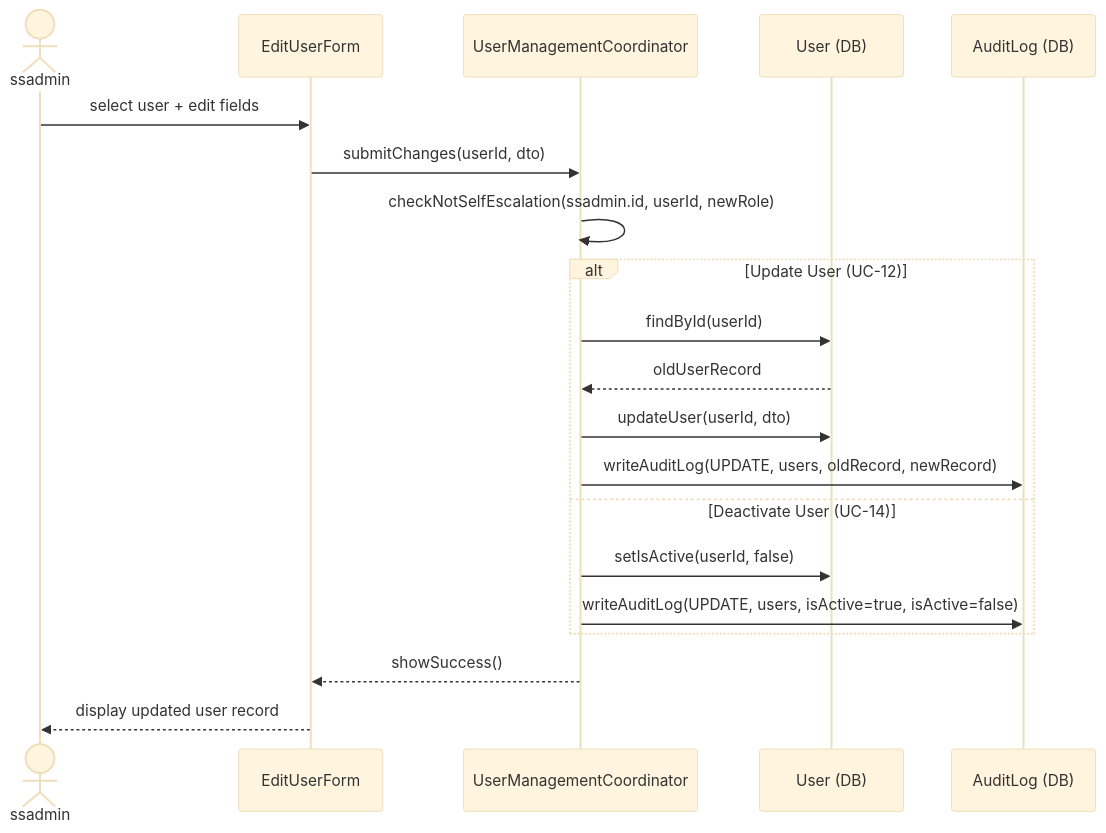
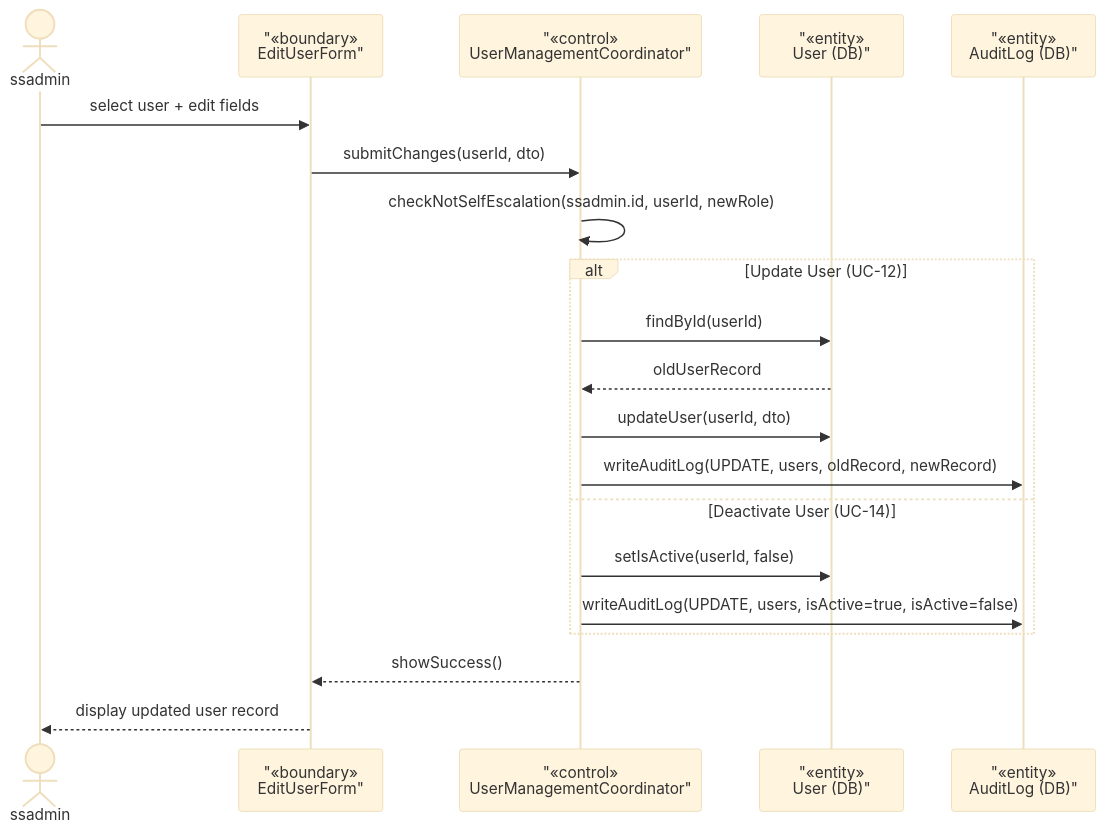
One commit to Shaichi/Khoga_coffe_shop changed the third of 3 diagrams in rds_sections/05_detailed_3_2_user_management.md. Above: the diagram before and after it, drawn with Mermaid (base theme). The commit also changed other lines of this file and 13 other files, not shown here.

Commit message:
docs(rds): Update User entity fields and change Decimal to BigDecimal

````diff
--- a/rds_sections/05_detailed_3_2_user_management.md
+++ b/rds_sections/05_detailed_3_2_user_management.md
@@ -132,25 +135,25 @@
 ```mermaid
 sequenceDiagram
     actor ssadmin
-    participant EditForm as EditUserForm
-    participant UserMgmtCoord as UserManagementCoordinator
-    participant UserDB as User (DB)
-    participant AuditDB as AuditLog (DB)
+    participant EditForm as "«boundary»<br/>EditUserForm"
+    participant UserMgmtCoord as "«control»<br/>UserManagementCoordinator"
+    participant UserDB as "«entity»<br/>User (DB)"
+    participant AuditDB as "«entity»<br/>AuditLog (DB)"
 
     ssadmin->>EditForm: select user + edit fields
     EditForm->>UserMgmtCoord: submitChanges(userId, dto)
     UserMgmtCoord->>UserMgmtCoord: checkNotSelfEscalation(ssadmin.id, userId, newRole)
 
     alt Update User (UC-12)
         UserMgmtCoord->>UserDB: findById(userId)
         UserDB-->>UserMgmtCoord: oldUserRecord
         UserMgmtCoord->>UserDB: updateUser(userId, dto)
         UserMgmtCoord->>AuditDB: writeAuditLog(UPDATE, users, oldRecord, newRecord)
     else Deactivate User (UC-14)
         UserMgmtCoord->>UserDB: setIsActive(userId, false)
         UserMgmtCoord->>AuditDB: writeAuditLog(UPDATE, users, isActive=true, isActive=false)
     end
 
     UserMgmtCoord-->>EditForm: showSuccess()
     EditForm-->>ssadmin: display updated user record
 ```
````
